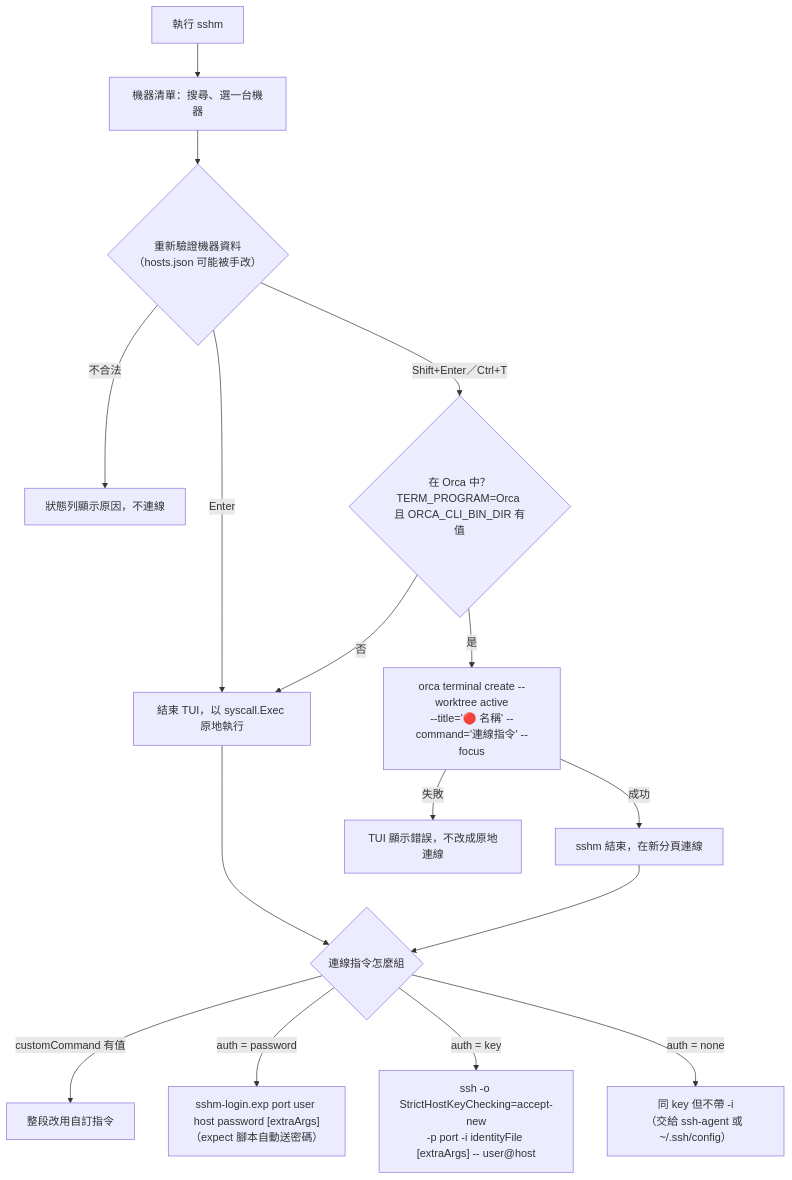
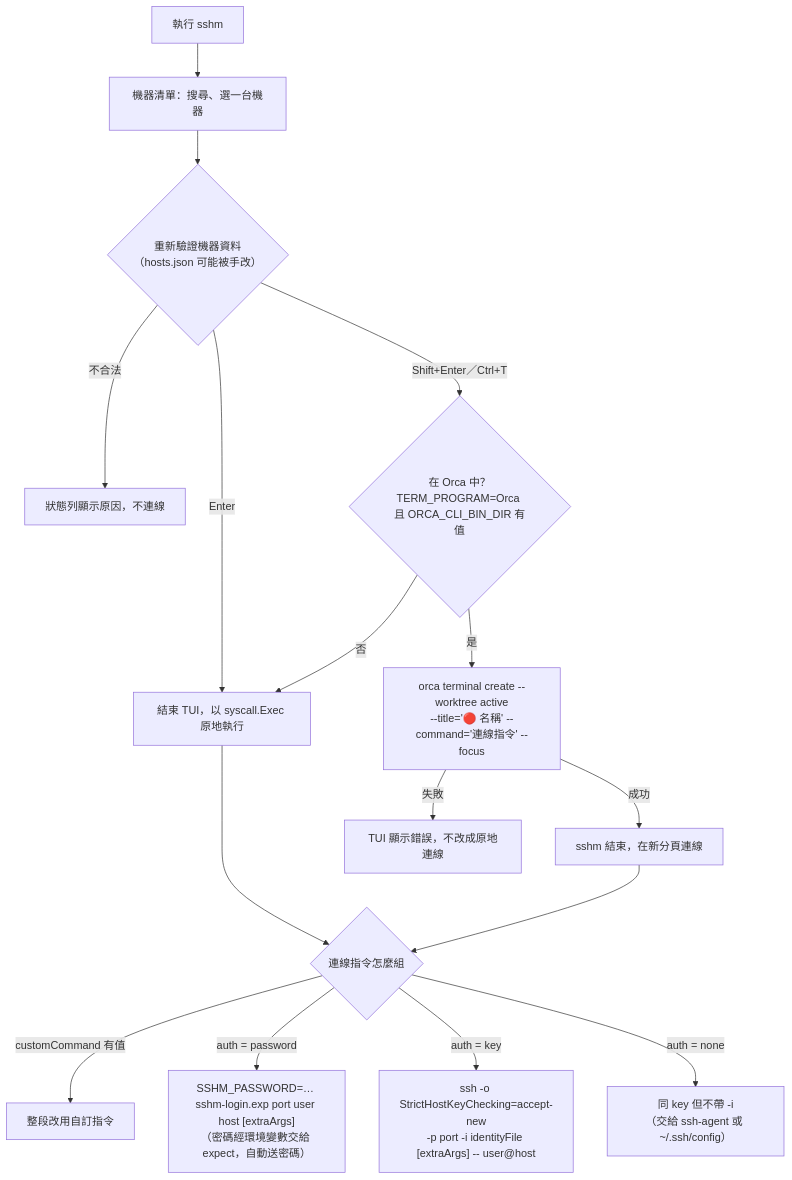
Before and after one commit to mark22013333/sshm: the first of 3 diagrams in README.md, drawn with Mermaid. The commit also changed other lines of this file and 6 other files, not shown here.

````diff
--- a/README.md
+++ b/README.md
@@ -190,18 +193,18 @@
 ```mermaid
 flowchart TD
     A["執行 sshm"] --> B["機器清單：搜尋、選一台機器"]
     B --> V{"重新驗證機器資料<br/>（hosts.json 可能被手改）"}
     V -->|不合法| X["狀態列顯示原因，不連線"]
     V -->|Enter| EX["結束 TUI，以 syscall.Exec 原地執行"]
     V -->|"Shift+Enter／Ctrl+T"| O{"在 Orca 中？<br/>TERM_PROGRAM=Orca 且 ORCA_CLI_BIN_DIR 有值"}
     O -->|否| EX
     O -->|是| T["orca terminal create --worktree active<br/>--title='🔴 名稱' --command='連線指令' --focus"]
     T -->|成功| Q["sshm 結束，在新分頁連線"]
     T -->|失敗| ER["TUI 顯示錯誤，不改成原地連線"]
     EX --> C{"連線指令怎麼組"}
     Q --> C
     C -->|"customCommand 有值"| CC["整段改用自訂指令"]
-    C -->|"auth = password"| P["sshm-login.exp port user host password [extraArgs]<br/>（expect 腳本自動送密碼）"]
+    C -->|"auth = password"| P["SSHM_PASSWORD=… sshm-login.exp port user host [extraArgs]<br/>（密碼經環境變數交給 expect，自動送密碼）"]
     C -->|"auth = key"| K["ssh -o StrictHostKeyChecking=accept-new<br/>-p port -i identityFile [extraArgs] -- user@host"]
     C -->|"auth = none"| N["同 key 但不帶 -i<br/>（交給 ssh-agent 或 ~/.ssh/config）"]
 ```
````
